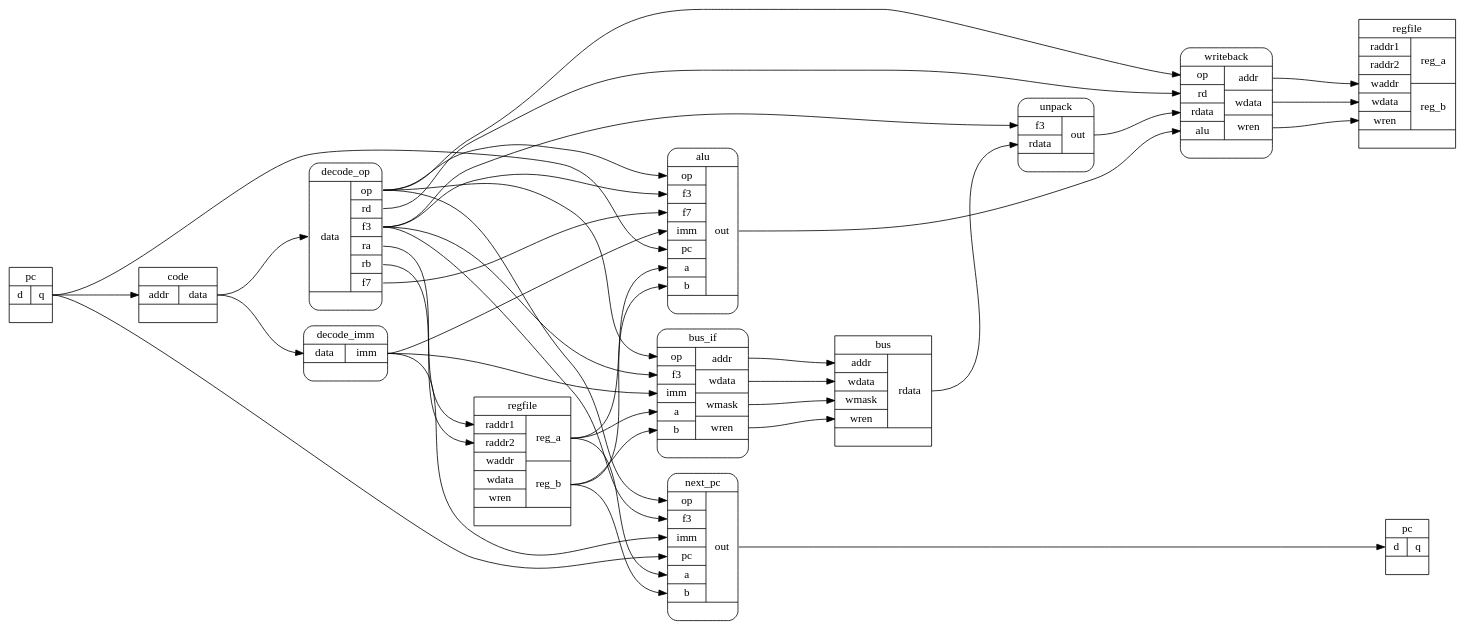
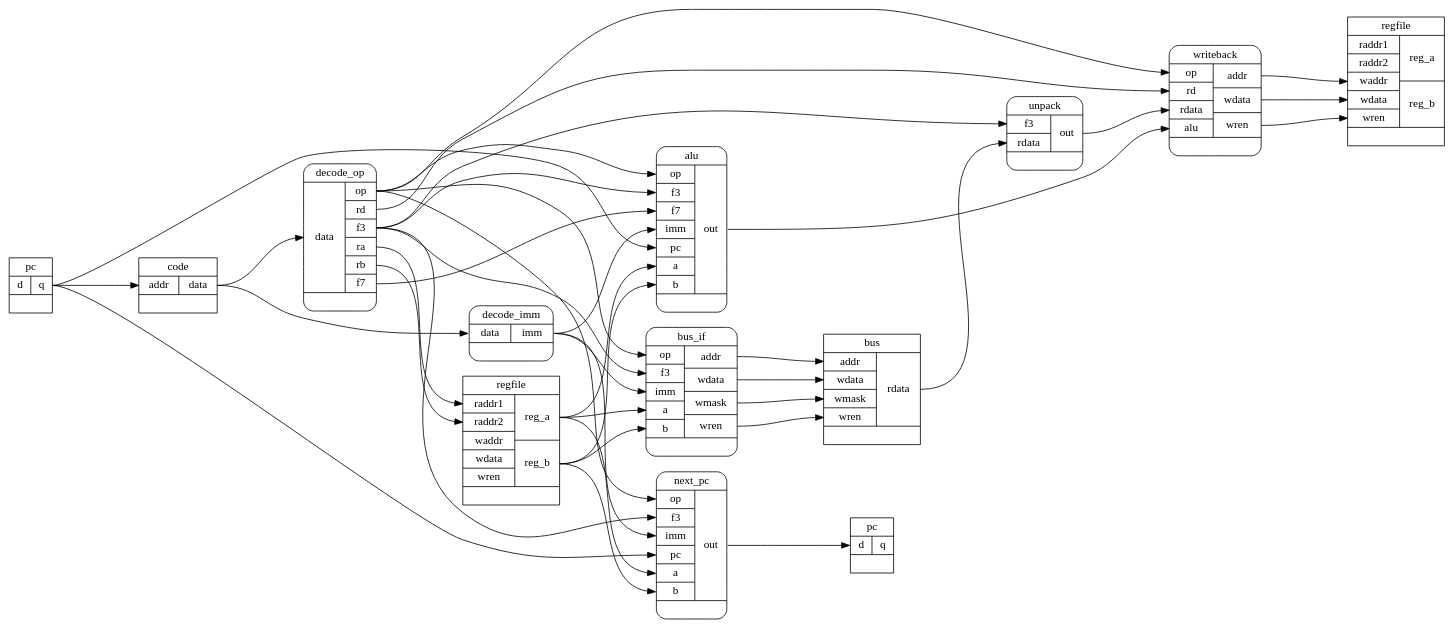
The diagram in pinwheel_diagram.dot (aappleby/pinwheel), drawn with Graphviz before and after one commit. The commit also changed 6 other files, not shown here.

```diff
--- a/pinwheel_diagram.dot
+++ b/pinwheel_diagram.dot
@@ -1,7 +1,7 @@
 digraph G {
     rankdir="LR"
     ranksep=1.5
-    //nodesep=0.6
+    //nodesep=0.2
     //splines=polyline
 
     // Fetch, Decode, Execute, Memory, Write
@@ -25,16 +25,6 @@
 
     regfile_l [shape="record" label="<top>regfile|{{<raddr1>raddr1|<raddr2>raddr2|<waddr>waddr|<wdata>wdata|<wren>wren}|{<reg_a>reg_a|<reg_b>reg_b}}|"];
     regfile_r [shape="record" label="<top>regfile|{{<raddr1>raddr1|<raddr2>raddr2|<waddr>waddr|<wdata>wdata|<wren>wren}|{<reg_a>reg_a|<reg_b>reg_b}}|"];
-
-    rank="same" {
-        regfile_r
-        pc_r
-    }
-
-    rank="same" {
-        decode_op
-        decode_imm
-    }
 
     code:data -> decode_op:data
     code:data -> decode_imm:data
```
